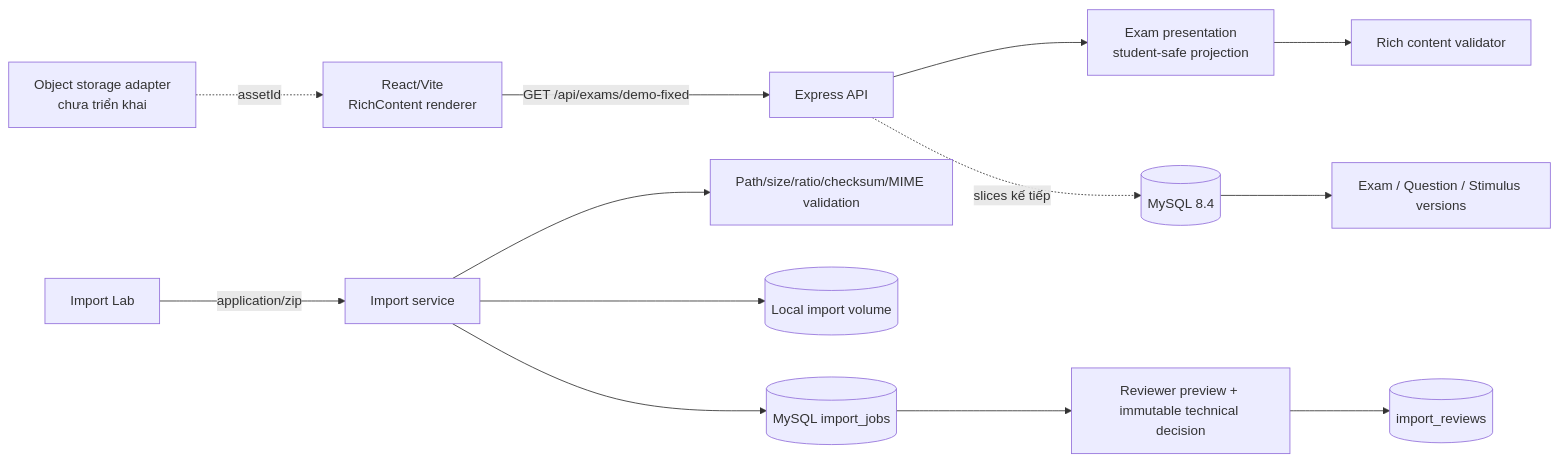
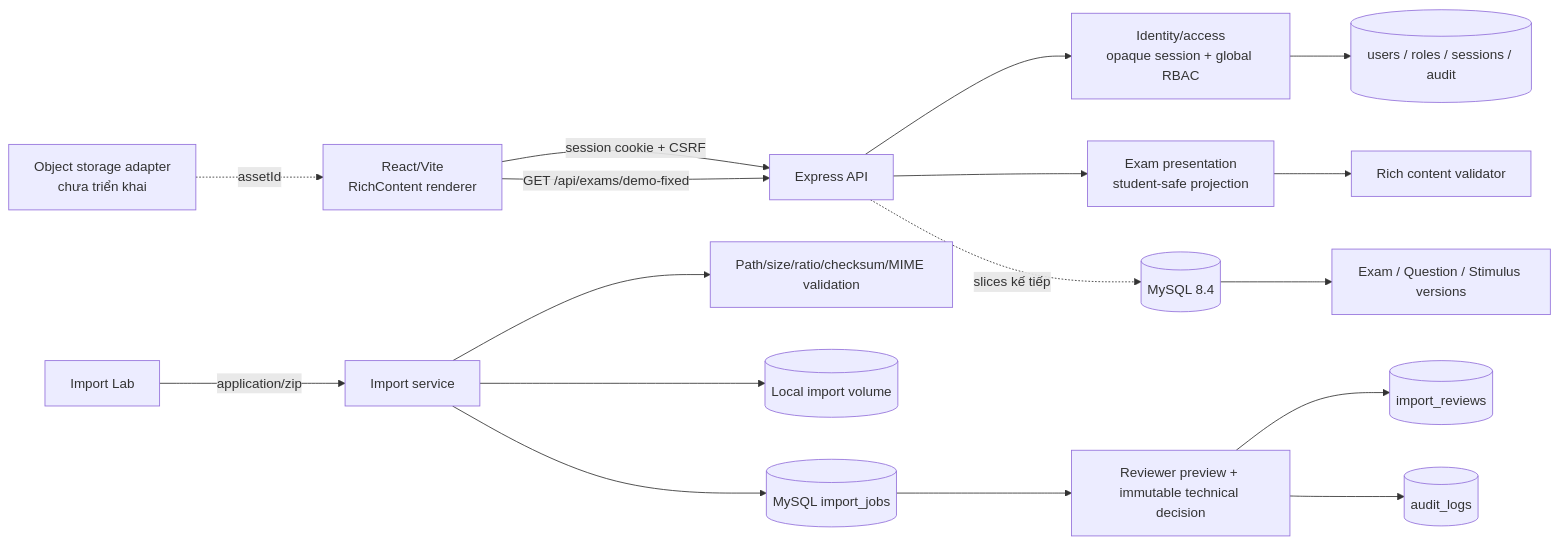
Before and after one commit to Datkoishi/martinlearningsystems: the diagram in docs/ARCHITECTURE.md, drawn with Mermaid. The commit also changed other lines of this file and 43 other files, not shown here.

Commit message:
feat(auth): secure content workflows with sessions

````diff
--- a/docs/ARCHITECTURE.md
+++ b/docs/ARCHITECTURE.md
@@ -5,15 +5,19 @@
 ```mermaid
 flowchart LR
-  UI[React/Vite\nRichContent renderer] -->|GET /api/exams/demo-fixed| API[Express API]
+  UI[React/Vite\nRichContent renderer] -->|session cookie + CSRF| API[Express API]
+  API --> Identity[Identity/access\nopaque session + global RBAC]
+  Identity --> IdentityDB[(users / roles / sessions / audit)]
+  UI -->|GET /api/exams/demo-fixed| API
   API --> Present[Exam presentation\nstudent-safe projection]
   Present --> Validate[Rich content validator]
   API -. slices kế tiếp .-> DB[(MySQL 8.4)]
   DB --> Versions[Exam / Question / Stimulus versions]
   Assets[Object storage adapter\nchưa triển khai] -. assetId .-> UI
   Lab[Import Lab] -->|application/zip| Import[Import service]
   Import --> SafeZip[Path/size/ratio/checksum/MIME validation]
   Import --> Store[(Local import volume)]
   Import --> Jobs[(MySQL import_jobs)]
   Jobs --> Review[Reviewer preview + immutable technical decision]
   Review --> ReviewAudit[(import_reviews)]
+  Review --> Audit[(audit_logs)]
 ```
````
